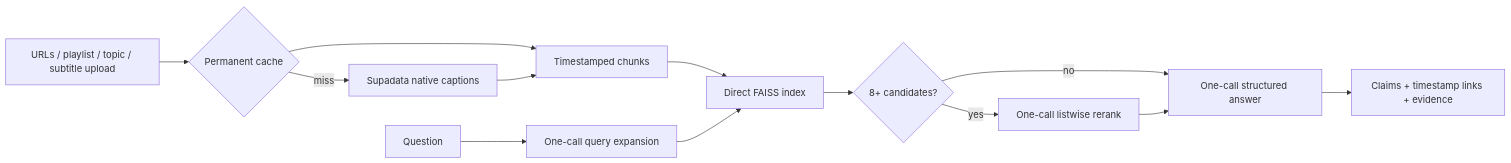
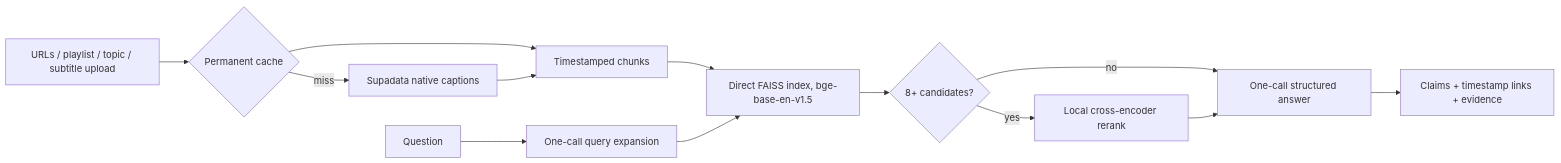
The diagram in README.md (Rishet11/VidWise-AI), drawn with Mermaid before and after one commit. The commit also changed other lines of this file and 21 other files, not shown here.

First line of the commit message:
Retrieval upgrade: bge-base-en embedder, HyDE eval config, local cross-encoder reranker

````diff
--- a/README.md
+++ b/README.md
@@ -31,15 +32,15 @@
 ```mermaid
 flowchart LR
   U[URLs / playlist / topic / subtitle upload] --> C{Permanent cache}
   C -->|miss| S[Supadata native captions]
   C --> T[Timestamped chunks]
   S --> T
-  T --> F[Direct FAISS index]
+  T --> F[Direct FAISS index, bge-base-en-v1.5]
   Q[Question] --> E[One-call query expansion]
   E --> F
   F --> R{8+ candidates?}
-  R -->|yes| L[One-call listwise rerank]
+  R -->|yes| L[Local cross-encoder rerank]
   R -->|no| A[Answer]
   L --> A[One-call structured answer]
   A --> X[Claims + timestamp links + evidence]
 ```
````
